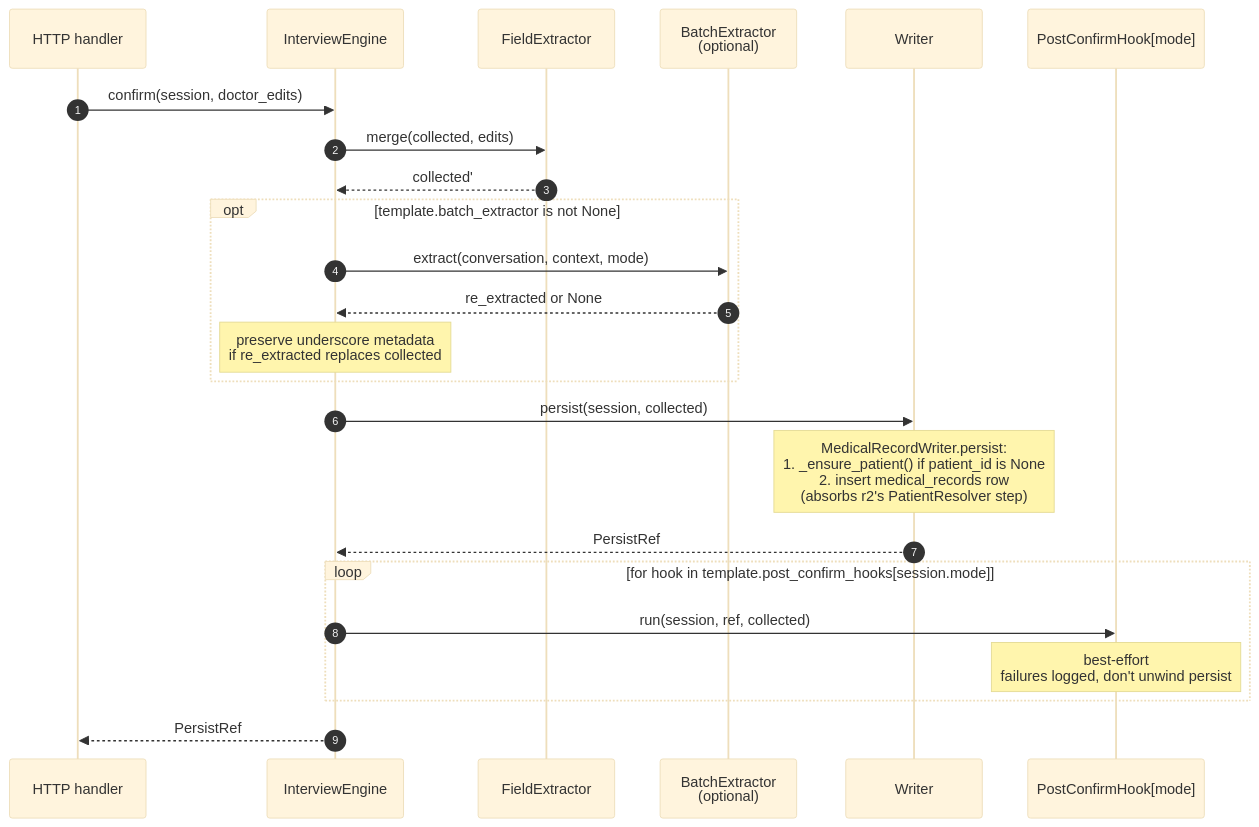
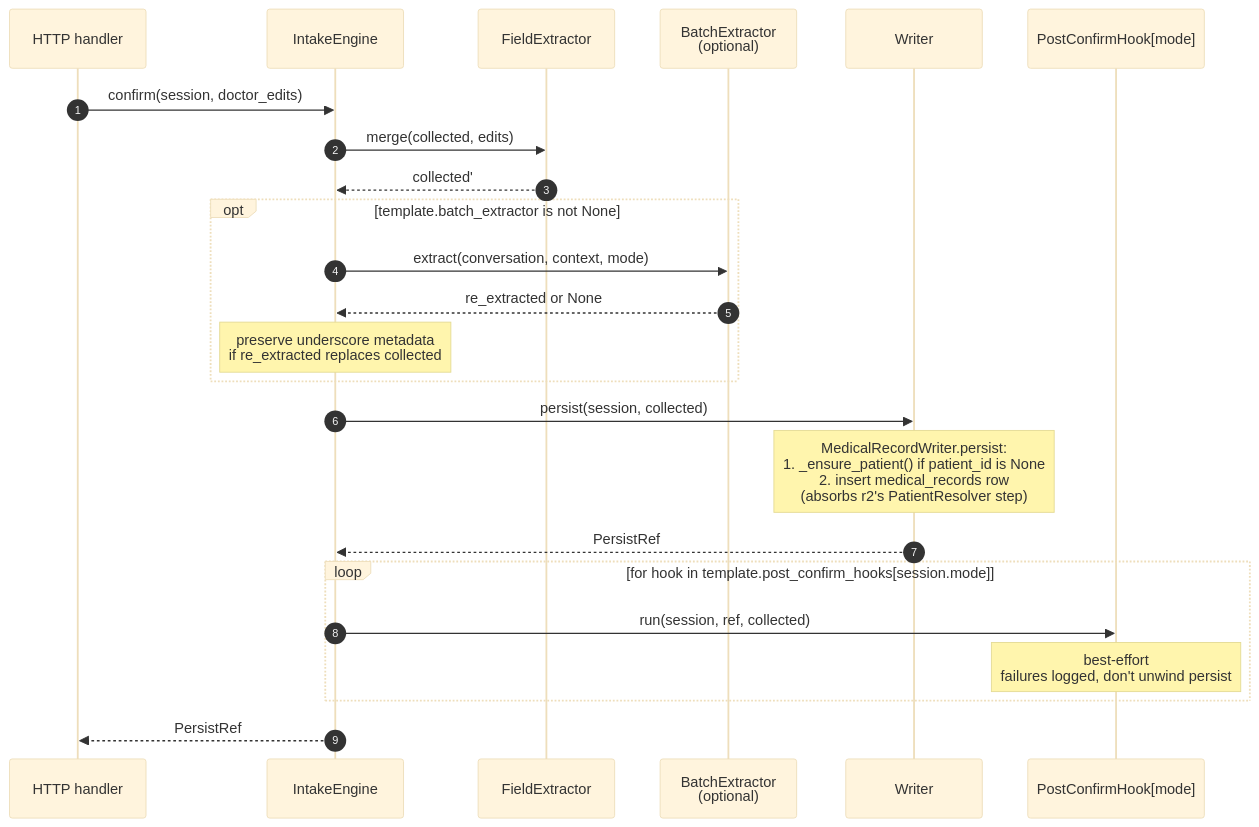
Before and after one commit to moments8890/doctor-ai-agent: the third of 3 diagrams in docs/superpowers/specs/archived/2026-04-22-intake-pipeline-extensibility-design.md, drawn with Mermaid (base theme). The commit also changed other lines of this file and 337 other files, not shown here.

````diff
--- a/docs/superpowers/specs/archived/2026-04-22-intake-pipeline-extensibility-design.md
+++ b/docs/superpowers/specs/archived/2026-04-22-intake-pipeline-extensibility-design.md
@@ -253,31 +253,31 @@
 ```mermaid
 sequenceDiagram
     autonumber
     participant Caller as HTTP handler
-    participant Engine as InterviewEngine
+    participant Engine as IntakeEngine
     participant Extractor as FieldExtractor
     participant Batch as BatchExtractor<br/>(optional)
     participant Writer as Writer
     participant Hooks as PostConfirmHook[mode]
 
     Caller->>Engine: confirm(session, doctor_edits)
     Engine->>Extractor: merge(collected, edits)
     Extractor-->>Engine: collected'
 
     opt template.batch_extractor is not None
         Engine->>Batch: extract(conversation, context, mode)
         Batch-->>Engine: re_extracted or None
         Note over Engine: preserve underscore metadata<br/>if re_extracted replaces collected
     end
 
     Engine->>Writer: persist(session, collected)
     Note over Writer: MedicalRecordWriter.persist:<br/>1. _ensure_patient() if patient_id is None<br/>2. insert medical_records row<br/>(absorbs r2's PatientResolver step)
     Writer-->>Engine: PersistRef
 
     loop for hook in template.post_confirm_hooks[session.mode]
         Engine->>Hooks: run(session, ref, collected)
         Note over Hooks: best-effort<br/>failures logged, don't unwind persist
     end
 
     Engine-->>Caller: PersistRef
 ```
````
